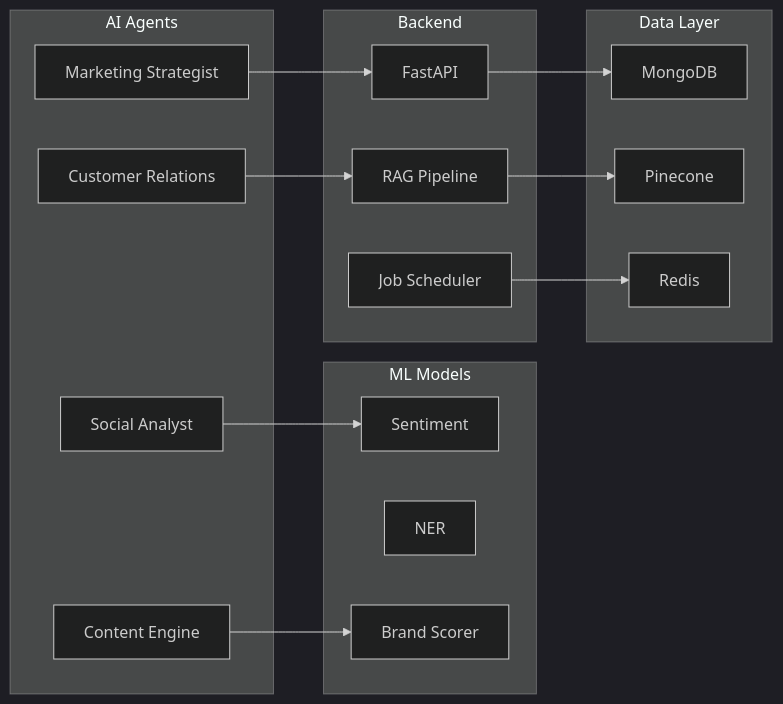
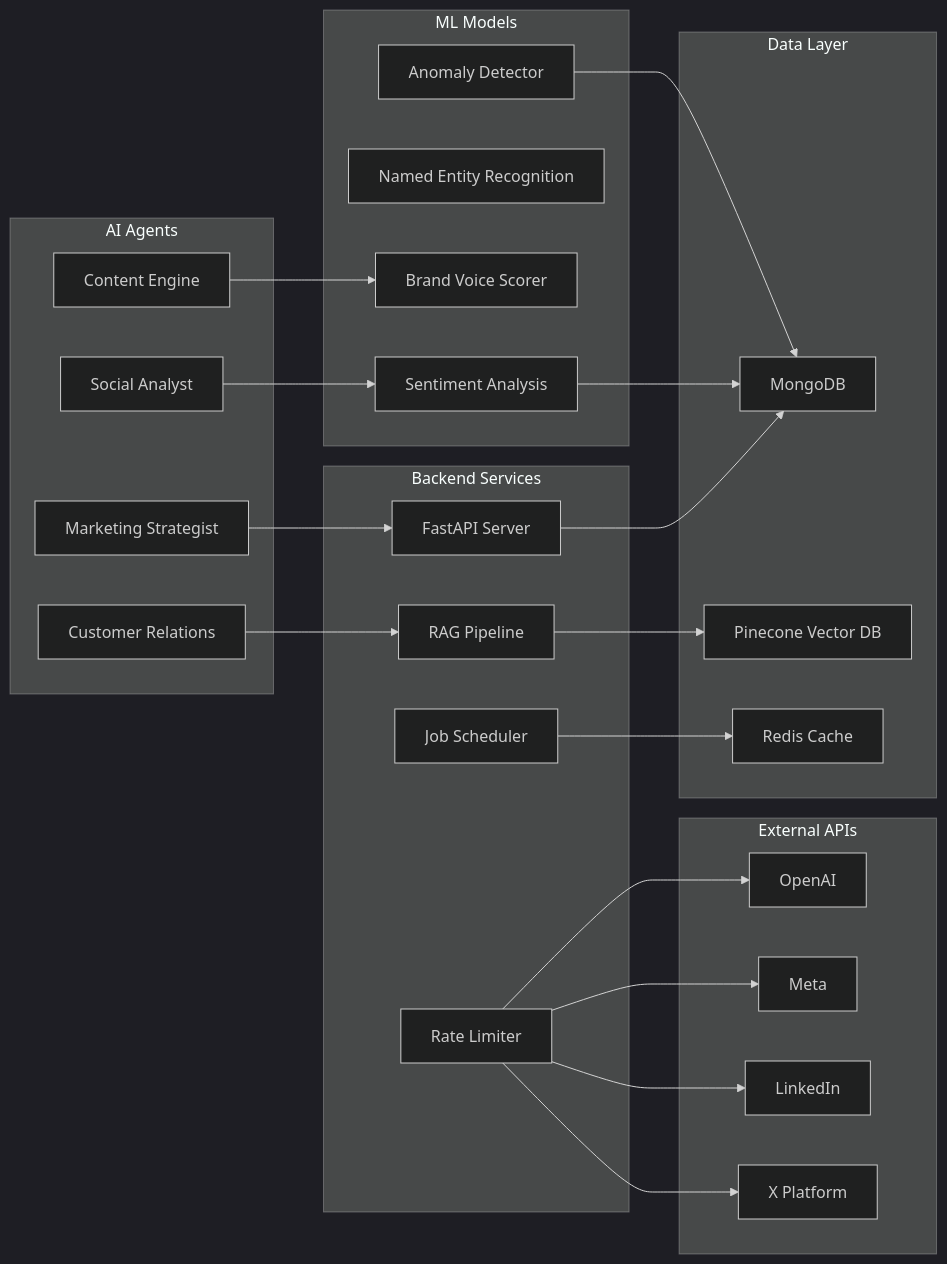
The second of 3 diagrams in docs/Scrum/a.md (pulse-mas/pulse-multi-agent-platform), drawn with Mermaid (dark theme) before and after one commit. The commit also changed other lines of this file, not shown here.

````diff
--- a/docs/Scrum/a.md
+++ b/docs/Scrum/a.md
@@ -50,36 +144,52 @@
 ```mermaid
 graph LR
     subgraph Agents[AI Agents]
         A1[Marketing Strategist]
         A2[Social Analyst]
         A3[Customer Relations]
         A4[Content Engine]
     end
     
     subgraph Models[ML Models]
-        M1[Sentiment]
-        M2[NER]
-        M3[Brand Scorer]
+        M1[Sentiment Analysis]
+        M2[Named Entity Recognition]
+        M3[Brand Voice Scorer]
+        M4[Anomaly Detector]
     end
     
-    subgraph Services[Backend]
-        S1[FastAPI]
+    subgraph Services[Backend Services]
+        S1[FastAPI Server]
         S2[RAG Pipeline]
         S3[Job Scheduler]
+        S4[Rate Limiter]
     end
     
     subgraph Storage[Data Layer]
         D1[MongoDB]
-        D2[Pinecone]
-        D3[Redis]
+        D2[Pinecone Vector DB]
+        D3[Redis Cache]
+    end
+    
+    subgraph External[External APIs]
+        E1[OpenAI]
+        E2[Meta]
+        E3[LinkedIn]
+        E4[X Platform]
     end
     
     A1 --> S1
     A2 --> M1
     A3 --> S2
     A4 --> M3
     
     S1 --> D1
     S2 --> D2
     S3 --> D3
+    S4 --> E1
+    S4 --> E2
+    S4 --> E3
+    S4 --> E4
+    
+    M1 --> D1
+    M4 --> D1
 ```
````
